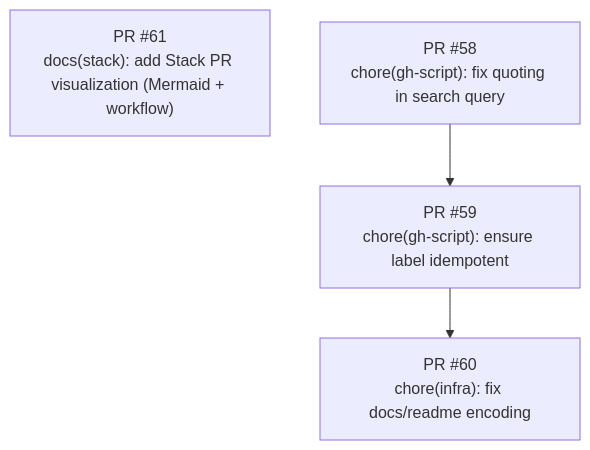
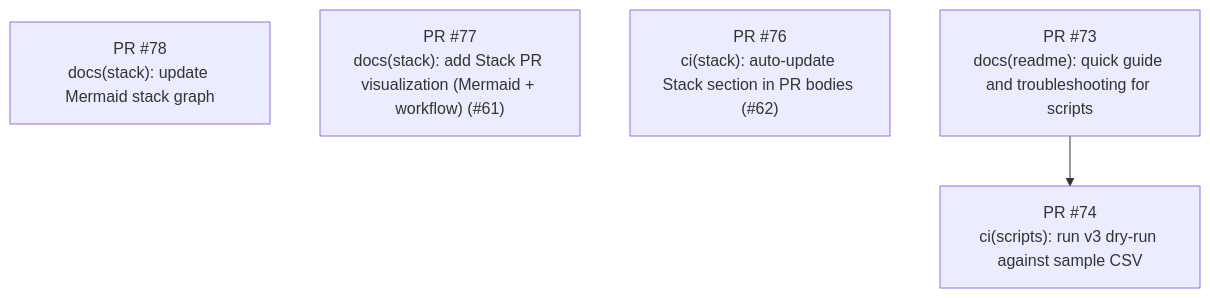
Before and after one commit to revton/car-fuel: the diagram in docs/stack-plan/STACK-PR-PLAN.md, drawn with Mermaid.

Commit message:
docs(stack): update Mermaid stack graph

````diff
--- a/docs/stack-plan/STACK-PR-PLAN.md
+++ b/docs/stack-plan/STACK-PR-PLAN.md
@@ -6,13 +6,14 @@
 ```mermaid
 flowchart TD
-  pr61["PR #61
-docs(stack): add Stack PR visualization (Mermaid + workflow)"]
-  pr60["PR #60
-chore(infra): fix docs/readme encoding"]
-  pr59["PR #59
-chore(gh-script): ensure label idempotent"]
-  pr58["PR #58
-chore(gh-script): fix quoting in search query"]
-  pr59 --> pr60
-  pr58 --> pr59
+  pr78["PR #78
+docs(stack): update Mermaid stack graph"]
+  pr77["PR #77
+docs(stack): add Stack PR visualization (Mermaid + workflow) (#61)"]
+  pr76["PR #76
+ci(stack): auto-update Stack section in PR bodies (#62)"]
+  pr74["PR #74
+ci(scripts): run v3 dry-run against sample CSV"]
+  pr73["PR #73
+docs(readme): quick guide and troubleshooting for scripts"]
+  pr73 --> pr74
 ```
````
